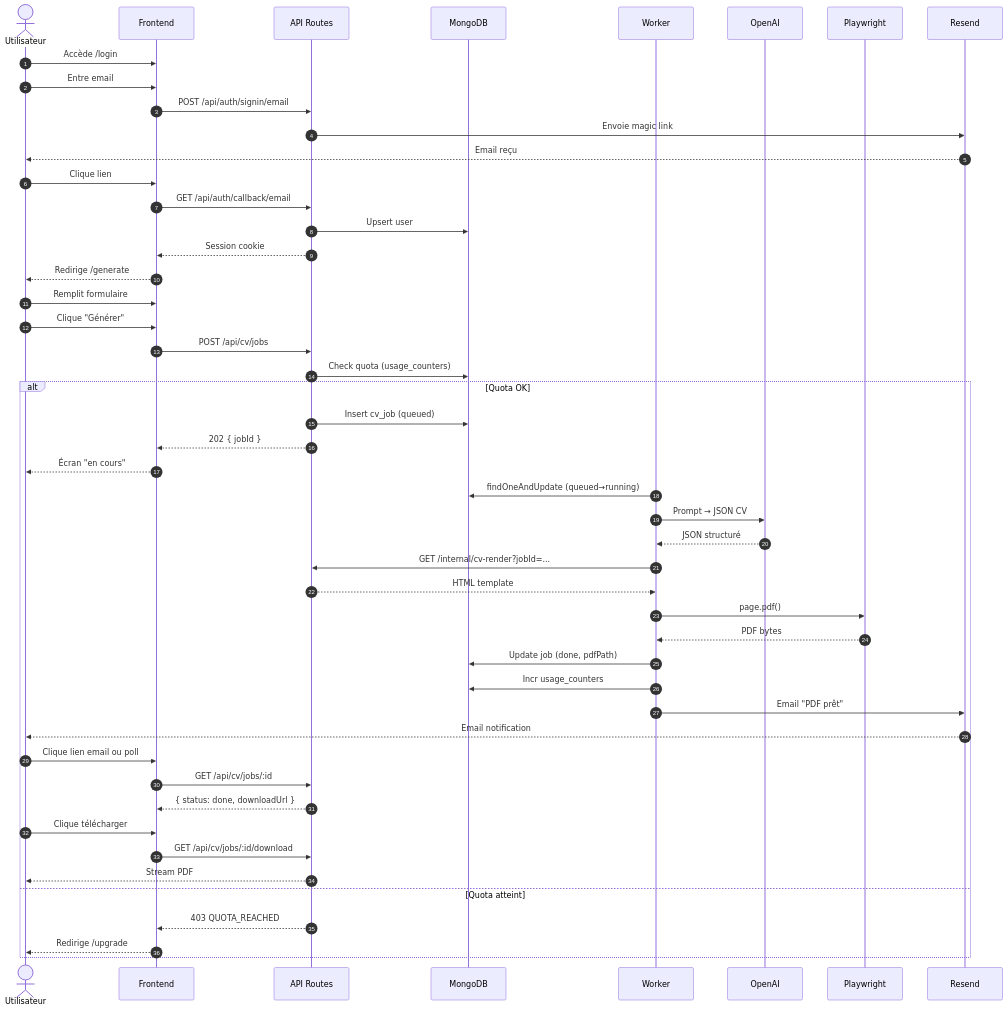
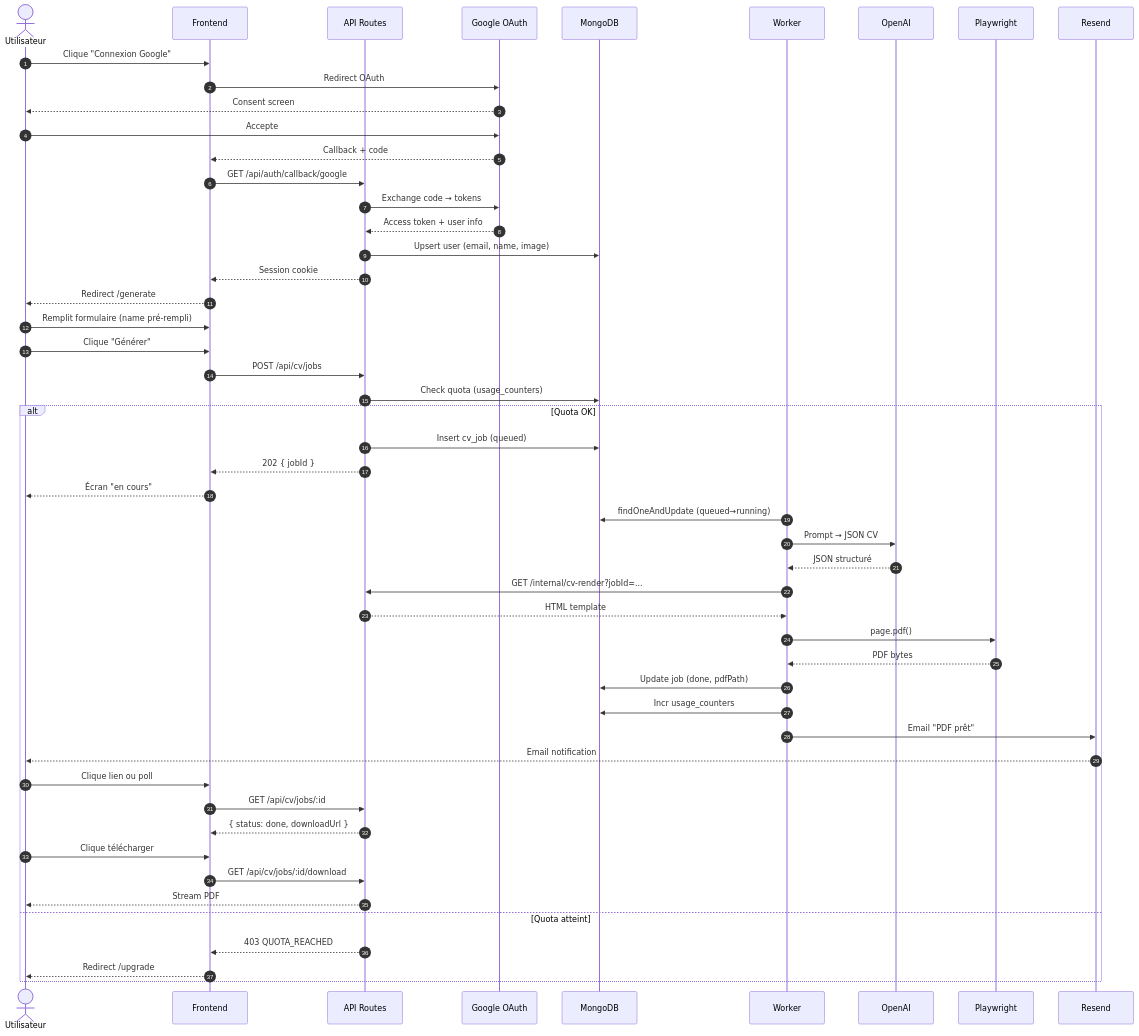
The second of 5 diagrams in 05-design/diagramme-systeme.md (cv-pro-org/cv-pro-specifications), drawn with Mermaid before and after one commit. The commit also changed other lines of this file and 14 other files, not shown here.

Commit message:
Switch auth to Google OAuth first (Magic Link → v2)

````diff
--- a/05-design/diagramme-systeme.md
+++ b/05-design/diagramme-systeme.md
@@ -50,59 +54,61 @@
 ```mermaid
 sequenceDiagram
     autonumber
     actor U as Utilisateur
     participant FE as Frontend
     participant API as API Routes
+    participant G as Google OAuth
     participant DB as MongoDB
     participant W as Worker
     participant AI as OpenAI
     participant PW as Playwright
     participant R as Resend
 
-    %% Auth
-    U->>FE: Accède /login
-    U->>FE: Entre email
-    FE->>API: POST /api/auth/signin/email
-    API->>R: Envoie magic link
-    R-->>U: Email reçu
-    U->>FE: Clique lien
-    FE->>API: GET /api/auth/callback/email
-    API->>DB: Upsert user
+    %% Auth Google
+    U->>FE: Clique "Connexion Google"
+    FE->>G: Redirect OAuth
+    G-->>U: Consent screen
+    U->>G: Accepte
+    G-->>FE: Callback + code
+    FE->>API: GET /api/auth/callback/google
+    API->>G: Exchange code → tokens
+    G-->>API: Access token + user info
+    API->>DB: Upsert user (email, name, image)
     API-->>FE: Session cookie
-    FE-->>U: Redirige /generate
+    FE-->>U: Redirect /generate
 
     %% Génération
-    U->>FE: Remplit formulaire
+    U->>FE: Remplit formulaire (name pré-rempli)
     U->>FE: Clique "Générer"
     FE->>API: POST /api/cv/jobs
     API->>DB: Check quota (usage_counters)
     alt Quota OK
         API->>DB: Insert cv_job (queued)
         API-->>FE: 202 { jobId }
         FE-->>U: Écran "en cours"
         
         %% Worker async
         W->>DB: findOneAndUpdate (queued→running)
         W->>AI: Prompt → JSON CV
         AI-->>W: JSON structuré
         W->>API: GET /internal/cv-render?jobId=...
         API-->>W: HTML template
         W->>PW: page.pdf()
         PW-->>W: PDF bytes
         W->>DB: Update job (done, pdfPath)
         W->>DB: Incr usage_counters
         W->>R: Email "PDF prêt"
         R-->>U: Email notification
         
         %% Download
-        U->>FE: Clique lien email ou poll
+        U->>FE: Clique lien ou poll
         FE->>API: GET /api/cv/jobs/:id
         API-->>FE: { status: done, downloadUrl }
         U->>FE: Clique télécharger
         FE->>API: GET /api/cv/jobs/:id/download
         API-->>U: Stream PDF
     else Quota atteint
         API-->>FE: 403 QUOTA_REACHED
-        FE-->>U: Redirige /upgrade
+        FE-->>U: Redirect /upgrade
     end
 ```
````
